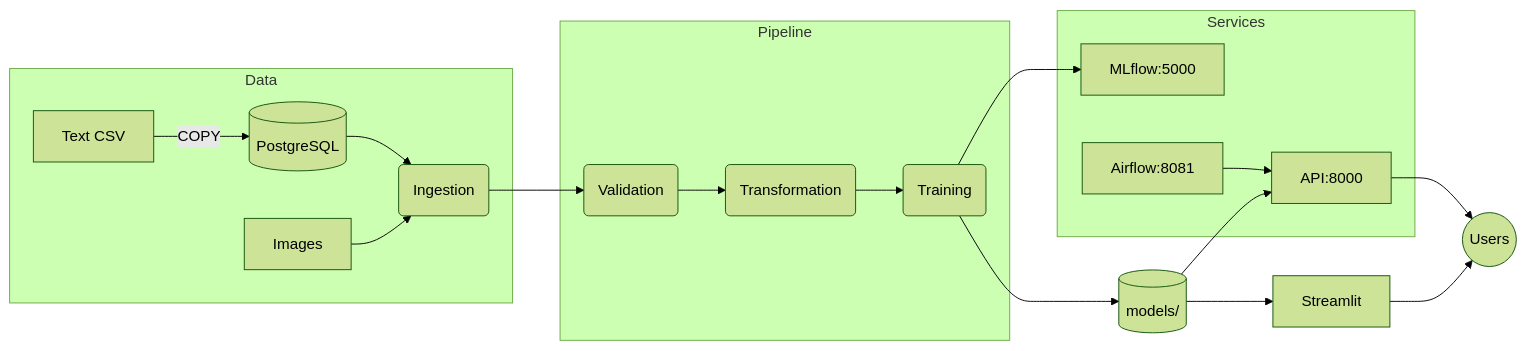
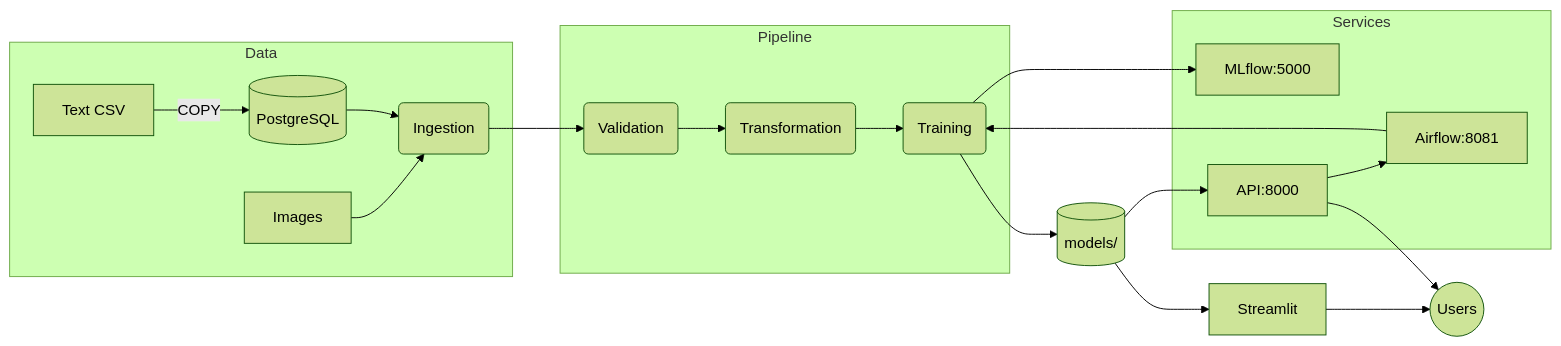
Before and after one commit to DataScientest-Studio/jun25_bmle_mlops_rakuten2: the diagram in README.md, drawn with Mermaid (forest theme). The commit also changed other lines of this file and 3 other files, not shown here.

````diff
--- a/README.md
+++ b/README.md
@@ -67,26 +70,27 @@
 ```mermaid
 flowchart LR
     subgraph Data
         CSV[Text CSV] -->|COPY| PG[(PostgreSQL)]
         Images[Images] --> DI
     end
 
     subgraph Pipeline
         DI(Ingestion) --> DV(Validation) --> DT(Transformation) --> MT(Training)
     end
 
     subgraph Services
         MLflow[MLflow:5000]
         API[API:8000]
         Airflow[Airflow:8081]
     end
 
     PG --> DI
     MT --> MLflow
     MT --> Artifacts[(models/)]
     Artifacts --> API
     Artifacts --> Streamlit
-    Airflow --> API
+    API --> Airflow
+    Airflow --> MT
     API --> Users((Users))
     Streamlit --> Users
 ```
````
